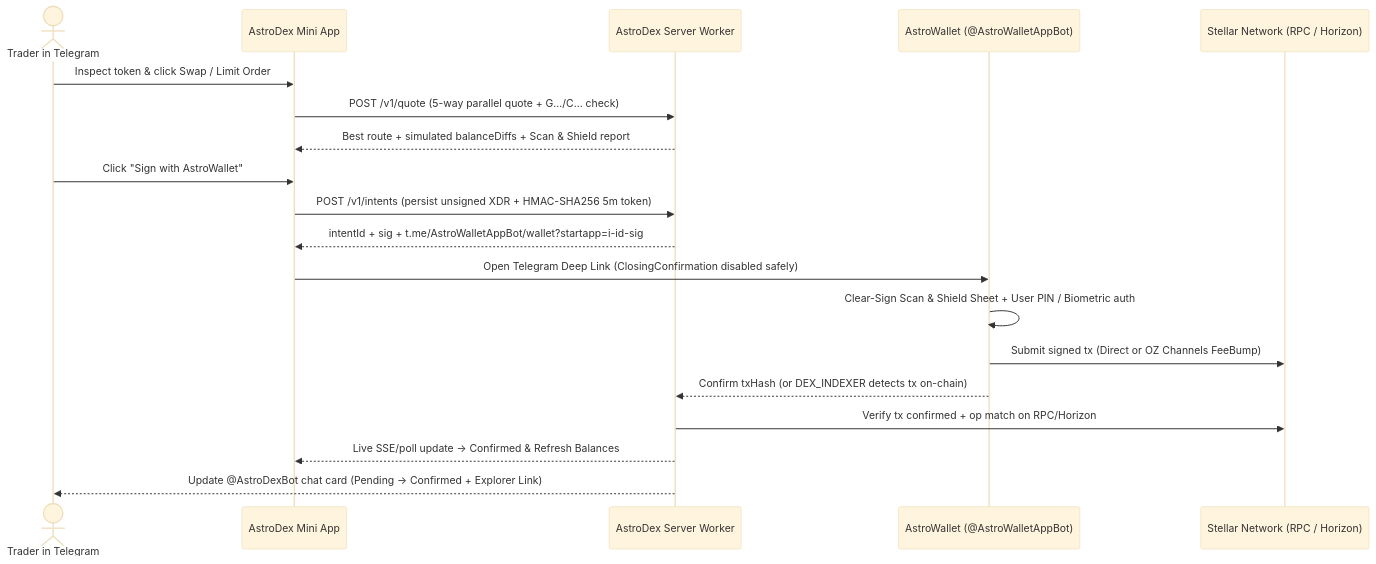
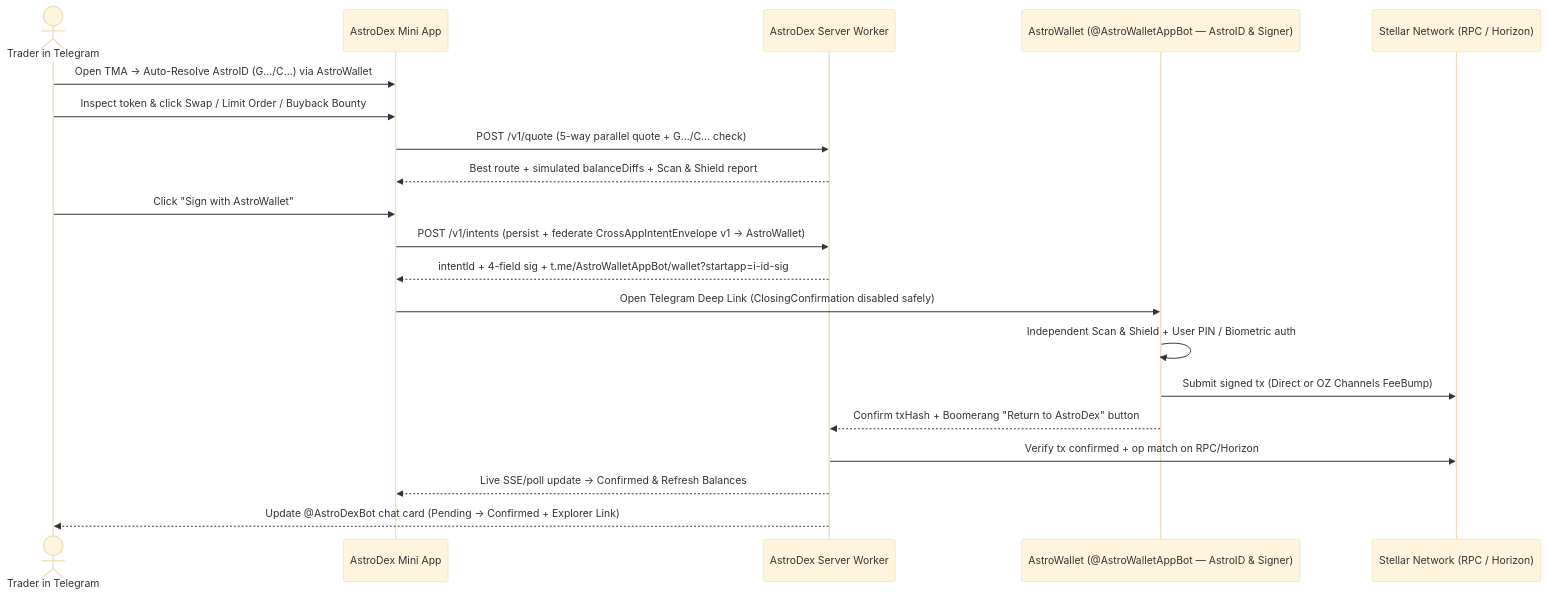
One commit to NunaLabsDev/astrodex changed the third of 3 diagrams in ARCHITECTURE.md. Above: the diagram before and after it, drawn with Mermaid (base theme). The commit also changed other lines of this file and 113 other files, not shown here.

Commit message:
feat: AstroDex Testnet release with AstroID SSO, AstroGate v4.5, and Cloudflare config

````diff
--- a/ARCHITECTURE.md
+++ b/ARCHITECTURE.md
@@ -180,22 +187,23 @@
 ```mermaid
 sequenceDiagram
     actor User as Trader in Telegram
     participant DEX_TMA as AstroDex Mini App
     participant DEX_SRV as AstroDex Server Worker
-    participant WALLET as AstroWallet (@AstroWalletAppBot)
+    participant WALLET as AstroWallet (@AstroWalletAppBot — AstroID & Signer)
     participant CHAIN as Stellar Network (RPC / Horizon)
 
-    User->>DEX_TMA: Inspect token & click Swap / Limit Order
+    User->>DEX_TMA: Open TMA -> Auto-Resolve AstroID (G.../C...) via AstroWallet
+    User->>DEX_TMA: Inspect token & click Swap / Limit Order / Buyback Bounty
     DEX_TMA->>DEX_SRV: POST /v1/quote (5-way parallel quote + G.../C... check)
     DEX_SRV-->>DEX_TMA: Best route + simulated balanceDiffs + Scan & Shield report
     User->>DEX_TMA: Click "Sign with AstroWallet"
-    DEX_TMA->>DEX_SRV: POST /v1/intents (persist unsigned XDR + HMAC-SHA256 5m token)
-    DEX_SRV-->>DEX_TMA: intentId + sig + t.me/AstroWalletAppBot/wallet?startapp=i-id-sig
+    DEX_TMA->>DEX_SRV: POST /v1/intents (persist + federate CrossAppIntentEnvelope v1 -> AstroWallet)
+    DEX_SRV-->>DEX_TMA: intentId + 4-field sig + t.me/AstroWalletAppBot/wallet?startapp=i-id-sig
     DEX_TMA->>WALLET: Open Telegram Deep Link (ClosingConfirmation disabled safely)
-    WALLET->>WALLET: Clear-Sign Scan & Shield Sheet + User PIN / Biometric auth
+    WALLET->>WALLET: Independent Scan & Shield + User PIN / Biometric auth
     WALLET->>CHAIN: Submit signed tx (Direct or OZ Channels FeeBump)
-    WALLET-->>DEX_SRV: Confirm txHash (or DEX_INDEXER detects tx on-chain)
+    WALLET-->>DEX_SRV: Confirm txHash + Boomerang "Return to AstroDex" button
     DEX_SRV->>CHAIN: Verify tx confirmed + op match on RPC/Horizon
     DEX_SRV-->>DEX_TMA: Live SSE/poll update -> Confirmed & Refresh Balances
     DEX_SRV-->>User: Update @AstroDexBot chat card (Pending -> Confirmed + Explorer Link)
 ```
````
